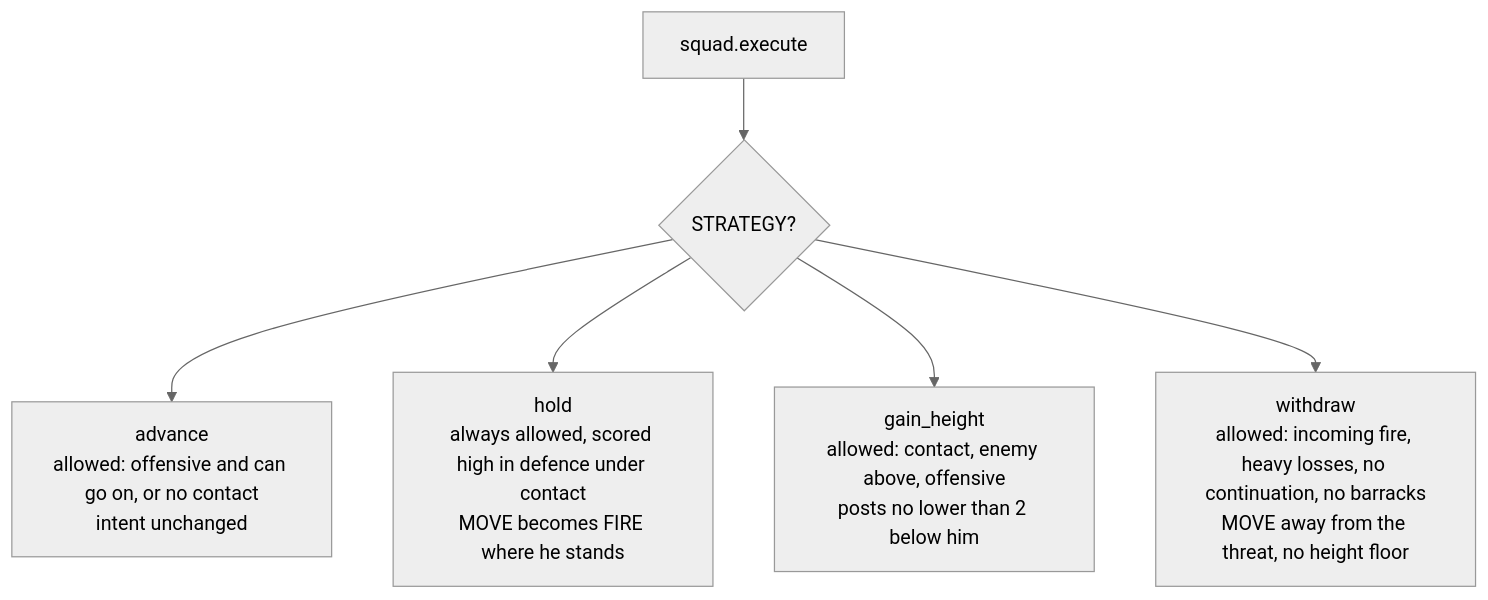
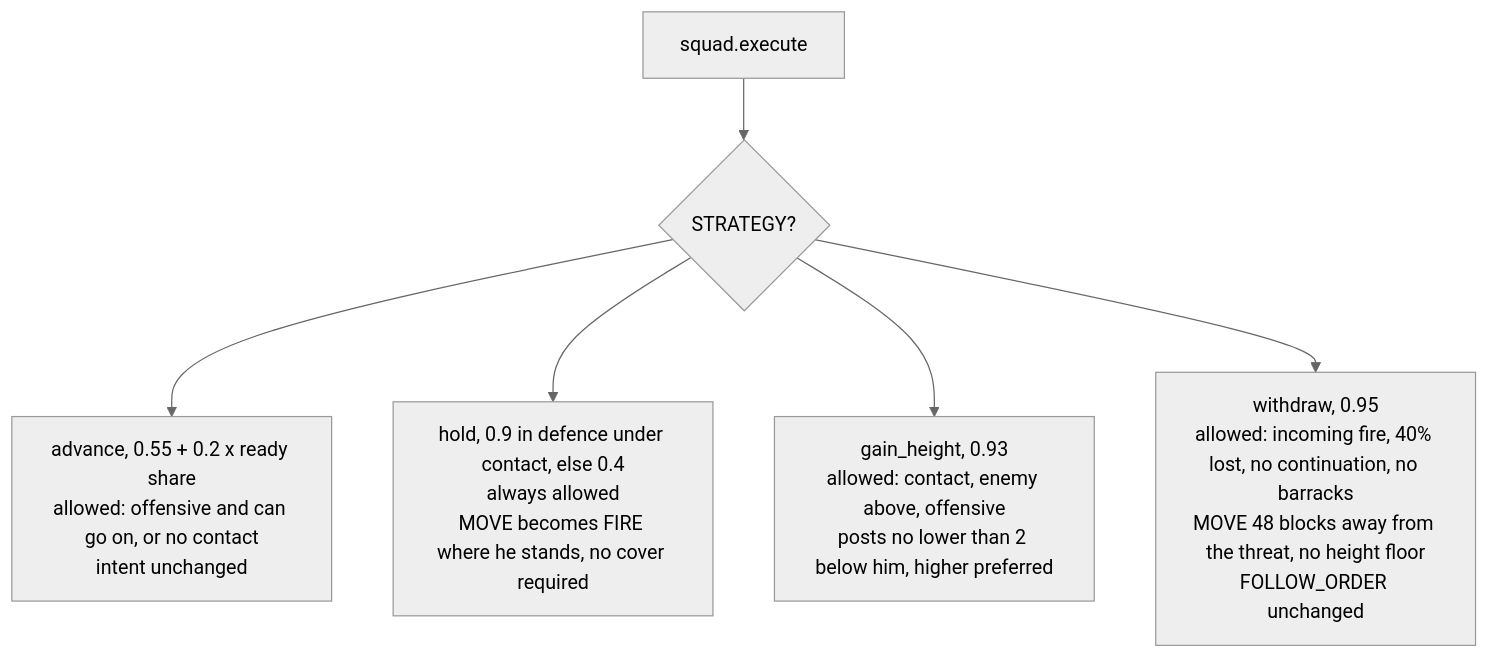
The fourth of 6 diagrams in docs/HTN-DIAGRAMS.md (fr3ddy-fryd3/sbw-npc), drawn with Mermaid (neutral theme) before and after one commit. The commit also changed other lines of this file, not shown here.

First line of the commit message:
docs: add scores, phase guards and follow details the HTN review found missing

````diff
--- a/docs/HTN-DIAGRAMS.md
+++ b/docs/HTN-DIAGRAMS.md
@@ -63,8 +69,8 @@
 ```mermaid
 flowchart TD
     S["squad.execute"] --> ST{"STRATEGY?"}
-    ST --> ADV["advance<br/>allowed: offensive and can go on, or no contact<br/>intent unchanged"]
-    ST --> HOLD["hold<br/>always allowed, scored high in defence under contact<br/>MOVE becomes FIRE where he stands"]
-    ST --> GH["gain_height<br/>allowed: contact, enemy above, offensive<br/>posts no lower than 2 below him"]
-    ST --> WD["withdraw<br/>allowed: incoming fire, heavy losses, no continuation, no barracks<br/>MOVE away from the threat, no height floor"]
+    ST --> ADV["advance, 0.55 + 0.2 x ready share<br/>allowed: offensive and can go on, or no contact<br/>intent unchanged"]
+    ST --> HOLD["hold, 0.9 in defence under contact, else 0.4<br/>always allowed<br/>MOVE becomes FIRE where he stands, no cover required"]
+    ST --> GH["gain_height, 0.93<br/>allowed: contact, enemy above, offensive<br/>posts no lower than 2 below him, higher preferred"]
+    ST --> WD["withdraw, 0.95<br/>allowed: incoming fire, 40% lost, no continuation, no barracks<br/>MOVE 48 blocks away from the threat, no height floor<br/>FOLLOW_ORDER unchanged"]
 ```
````
